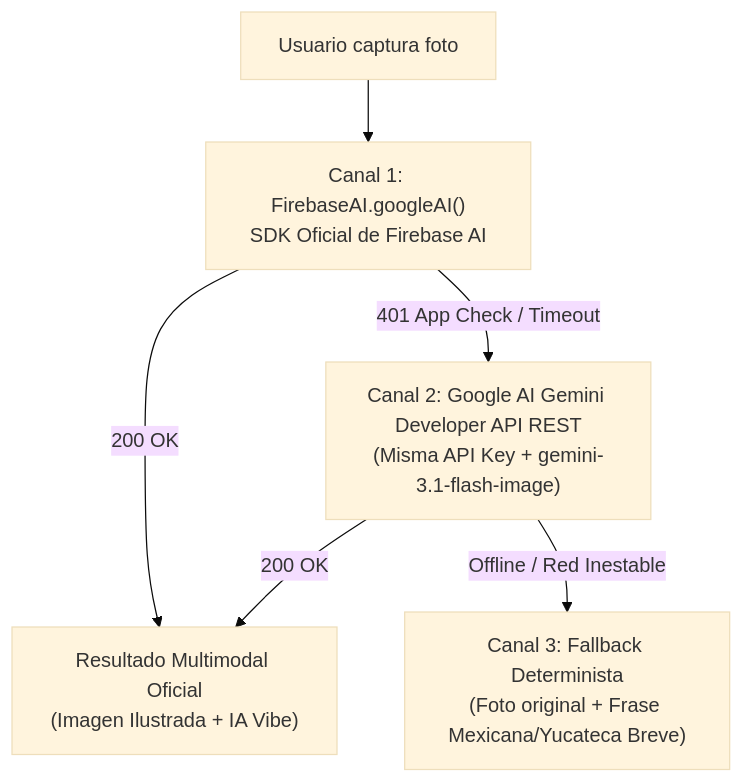
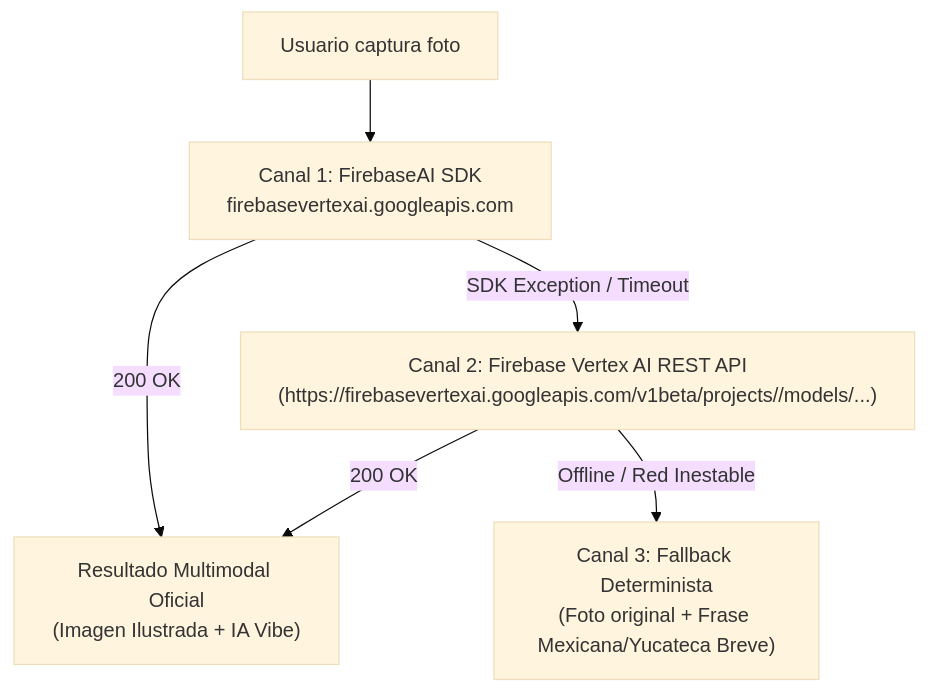
Before and after one commit to jggomez/workshop-flutter-ai: the diagram in docs/tech-stack.md, drawn with Mermaid (base theme). The commit also changed other lines of this file and 5 other files, not shown here.

Commit message:
fix(ai): route fallback to firebasevertexai.googleapis.com REST endpoint and optimize web build

````diff
--- a/docs/tech-stack.md
+++ b/docs/tech-stack.md
@@ -81,8 +81,8 @@
   ```mermaid
   flowchart TD
-      A["Usuario captura foto"] --> B["Canal 1: FirebaseAI.googleAI()\nSDK Oficial de Firebase AI"]
+      A["Usuario captura foto"] --> B["Canal 1: FirebaseAI SDK\nfirebasevertexai.googleapis.com"]
       B -->|200 OK| D["Resultado Multimodal Oficial\n(Imagen Ilustrada + IA Vibe)"]
-      B -->|401 App Check / Timeout| C["Canal 2: Google AI Gemini Developer API REST\n(Misma API Key + gemini-3.1-flash-image)"]
+      B -->|SDK Exception / Timeout| C["Canal 2: Firebase Vertex AI REST API\n(https://firebasevertexai.googleapis.com/v1beta/projects/<id>/models/...)"]
       C -->|200 OK| D
       C -->|Offline / Red Inestable| E["Canal 3: Fallback Determinista\n(Foto original + Frase Mexicana/Yucateca Breve)"]
   ```
````
